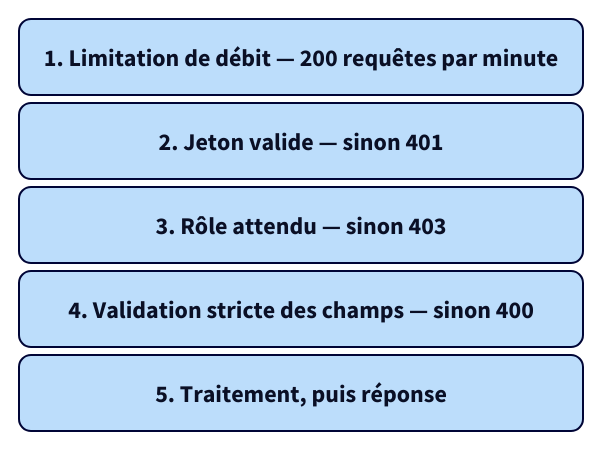
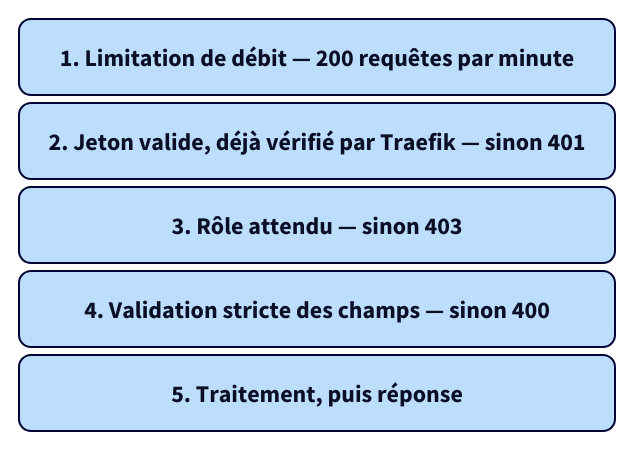
Before and after one commit to kitaah/pme: the diagram in docs/securite/application.md, drawn with D2. The commit also changed 17 other files, not shown here.

````diff
--- a/docs/securite/application.md
+++ b/docs/securite/application.md
@@ -33,31 +33,31 @@
 ```d2
 vars: {
   d2-config: {
     layout-engine: elk
     theme-id: 5
     pad: 8
   }
 }
 
 # Mise en forme commune : texte lisible à la largeur de la page, angles arrondis
 classes: {
   boite: {
     style: {
       font-size: 24
       border-radius: 12
     }
   }
 }
 
 filtres: "" {
   grid-rows: 5
   grid-gap: 8
   style.opacity: 0
 
   un: "1. Limitation de débit — 200 requêtes par minute" {class: boite}
-  deux: "2. Jeton valide — sinon 401" {class: boite}
+  deux: "2. Jeton valide, déjà vérifié par Traefik — sinon 401" {class: boite}
   trois: "3. Rôle attendu — sinon 403" {class: boite}
   quatre: "4. Validation stricte des champs — sinon 400" {class: boite}
   cinq: "5. Traitement, puis réponse" {class: boite}
 }
 ```
````
